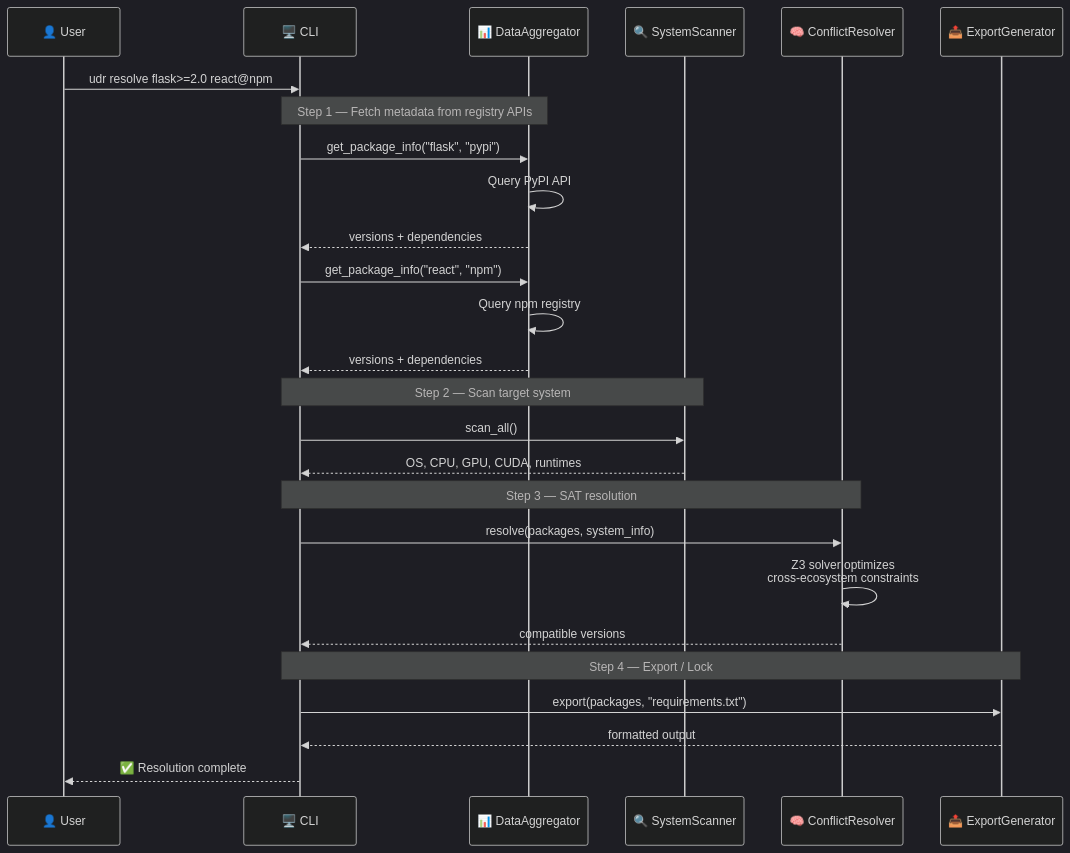
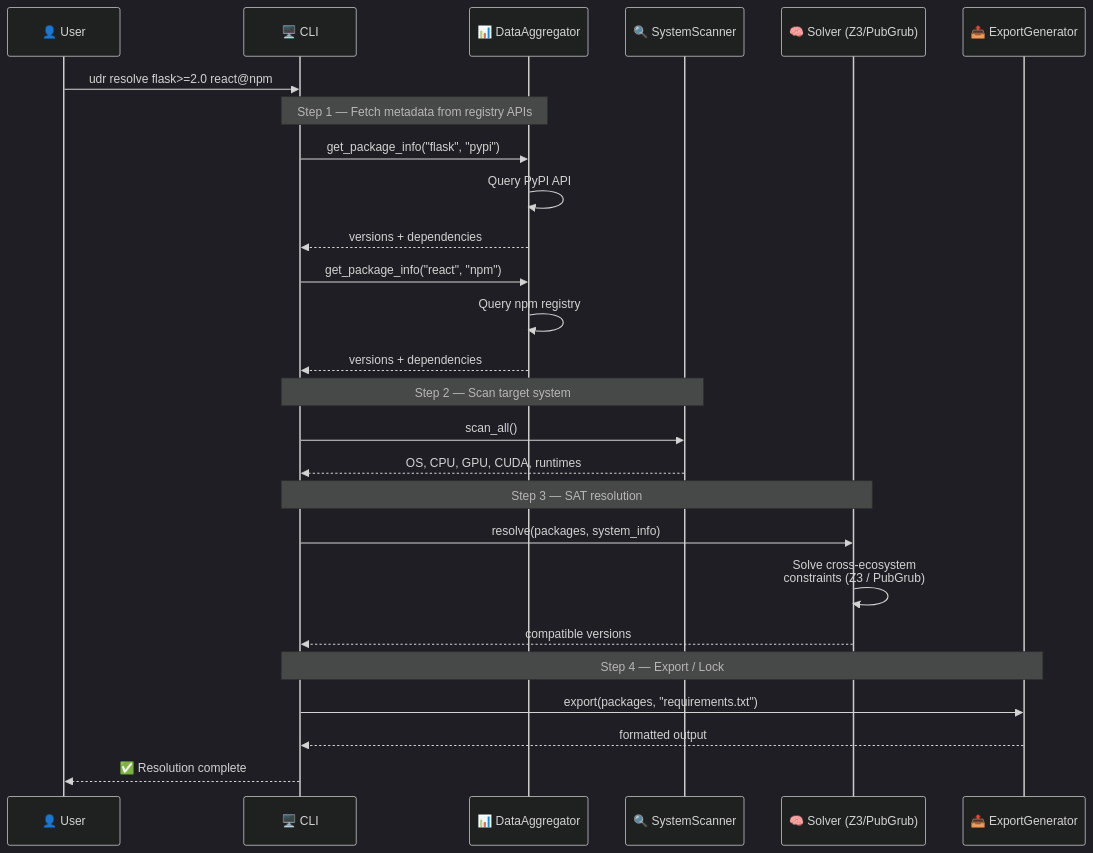
One commit to code-with-zeeshan/universal-dependency-resolver changed the first of 2 diagrams in docs/USER_GUIDE.md. Above: the diagram before and after it, drawn with Mermaid (dark theme). The commit also changed other lines of this file and 154 other files, not shown here.

First line of the commit message:
feat: workspace awareness, CVE scanning, license compliance, PubGrub solver, private registry auth

````diff
--- a/docs/USER_GUIDE.md
+++ b/docs/USER_GUIDE.md
@@ -129,29 +129,29 @@
 ```mermaid
 sequenceDiagram
     participant User as 👤 User
     participant CLI as 🖥️ CLI
     participant Agg as 📊 DataAggregator
     participant Scanner as 🔍 SystemScanner
-    participant Solver as 🧠 ConflictResolver
+    participant Solver as 🧠 Solver (Z3/PubGrub)
     participant Export as 📤 ExportGenerator
 
     User->>CLI: udr resolve flask>=2.0 react@npm
     Note over CLI,Agg: Step 1 — Fetch metadata from registry APIs
     CLI->>Agg: get_package_info("flask", "pypi")
     Agg->>Agg: Query PyPI API
     Agg-->>CLI: versions + dependencies
     CLI->>Agg: get_package_info("react", "npm")
     Agg->>Agg: Query npm registry
     Agg-->>CLI: versions + dependencies
     Note over CLI,Scanner: Step 2 — Scan target system
     CLI->>Scanner: scan_all()
     Scanner-->>CLI: OS, CPU, GPU, CUDA, runtimes
     Note over CLI,Solver: Step 3 — SAT resolution
     CLI->>Solver: resolve(packages, system_info)
-    Solver->>Solver: Z3 solver optimizes<br/>cross-ecosystem constraints
+    Solver->>Solver: Solve cross-ecosystem<br/>constraints (Z3 / PubGrub)
     Solver-->>CLI: compatible versions
     Note over CLI,Export: Step 4 — Export / Lock
     CLI->>Export: export(packages, "requirements.txt")
     Export-->>CLI: formatted output
     CLI-->>User: ✅ Resolution complete
 ```
````
